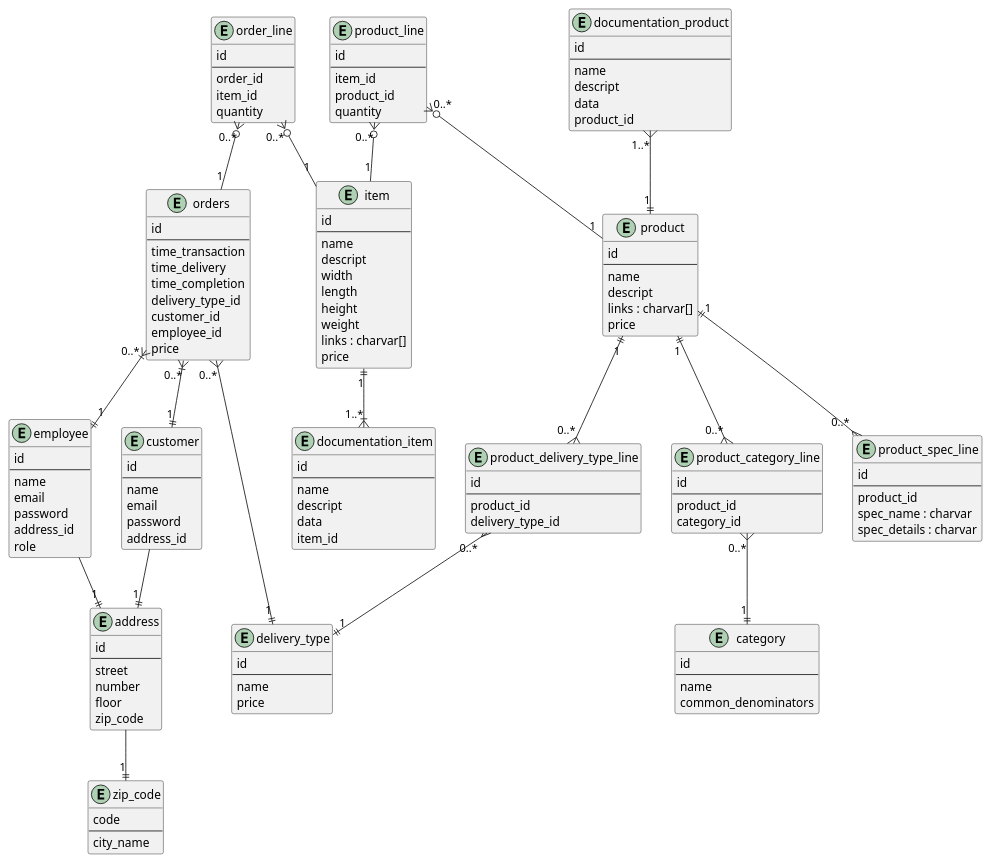
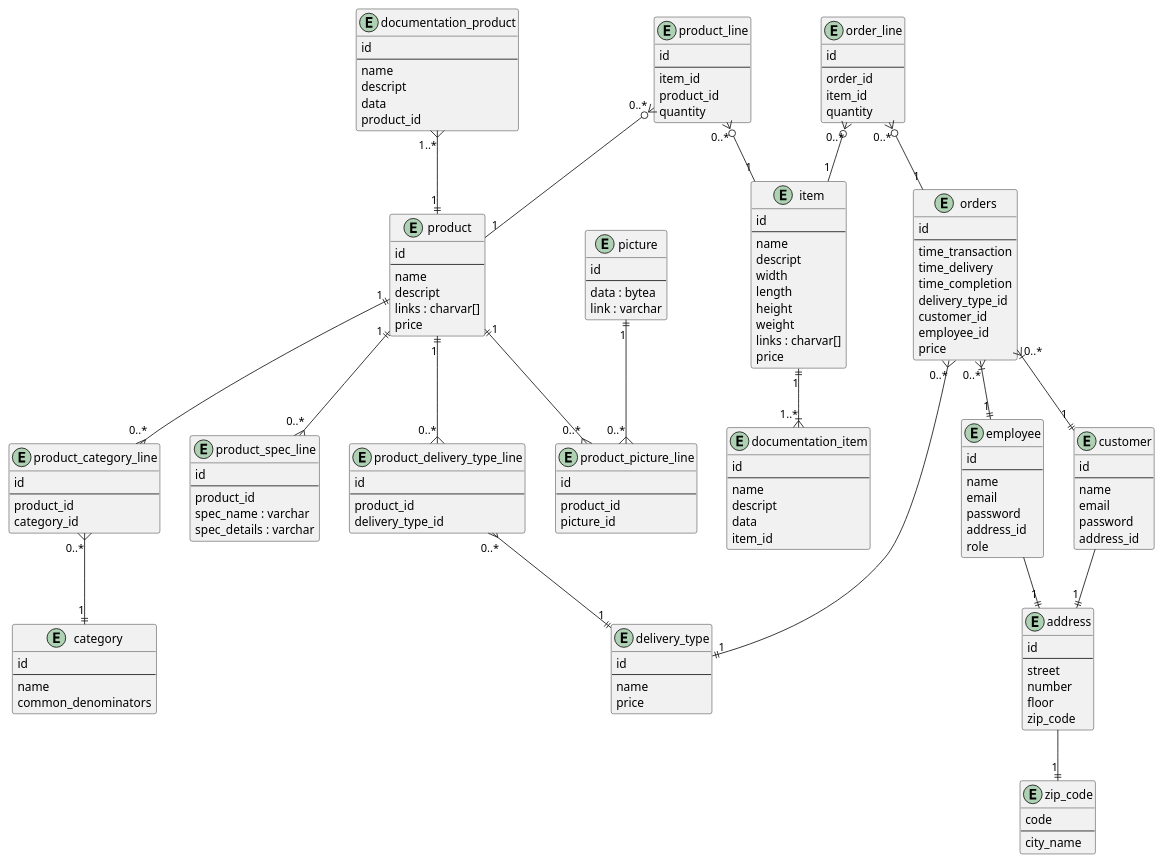
One commit to Oskar123456/carport changed the diagram in report/UML/ERD.puml. Above: the diagram before and after it, drawn with PlantUML. The commit also changed 10 other files, not shown here.

```diff
--- a/report/UML/ERD.puml
+++ b/report/UML/ERD.puml
@@ -1,152 +1,166 @@
 @startuml
 
 entity item {
     id
     --
     name
     descript
     width
     length
     height
     weight
     links : charvar[]
     price
 }
 entity product {
     id
     --
     name
     descript
     links : charvar[]
     price
 }
 entity product_line {
     id
     --
     item_id
     product_id
     quantity
 }
 entity documentation_product {
     id
     --
     name
     descript
     data
     product_id
 }
 entity documentation_item {
     id
     --
     name
     descript
     data
     item_id
 }
 entity customer {
     id
     --
     name
     email
     password
     address_id
 }
 entity employee {
     id
     --
     name
     email
     password
     address_id
     role
 }
 entity orders {
     id
     --
     time_transaction
     time_delivery
     time_completion
     delivery_type_id
     customer_id
     employee_id
     price
 }
 entity order_line {
     id
     --
     order_id
     item_id
     quantity
 }
 entity delivery_type {
     id
     --
     name
     price
 }
 entity category {
     id
     --
     name
     common_denominators
 }
 entity address {
     id
     --
     street
     number
     floor
     zip_code
 }
 entity zip_code {
     code
     --
     city_name
 }
+entity picture {
+    id
+    --
+    data : bytea
+    link : varchar
+}
 entity product_spec_line {
     id
     --
     product_id
-    spec_name : charvar
-    spec_details : charvar
+    spec_name : varchar
+    spec_details : varchar
 }
 entity product_category_line {
     id
     --
     product_id
     category_id
 }
 entity product_delivery_type_line {
     id
     --
     product_id
     delivery_type_id
 }
+entity product_picture_line {
+    id
+    --
+    product_id
+    picture_id
+}
 
 product_line "0..*" }o-- "1" item
 product_line "0..*" }o-- "1" product
 
 product "1" ||--{ "0..*" product_category_line
 product_category_line "0..*" }--|| "1" category
 
 product "1" ||--{ "0..*" product_delivery_type_line
 product_delivery_type_line "0..*" }--|| "1" delivery_type
 
 product "1" ||--{ "0..*" product_spec_line
+product "1" ||--{ "0..*" product_picture_line
+picture "1" ||--{ "0..*" product_picture_line
 
 order_line "0..*" }o-- "1" orders
 order_line "0..*" }o-- "1" item
 
 documentation_product "1..*" }--|| "1" product
 item "1" ||--|{ "1..*" documentation_item
 
 orders "0..*" }|--|| "1" customer
 orders "0..*" }|--|| "1" employee
 orders "0..*" }--|| "1" delivery_type
 
 customer " " --|| "1" address
 employee " " --|| "1" address
 
 address " " --|| "1" zip_code
 
 @enduml
```
